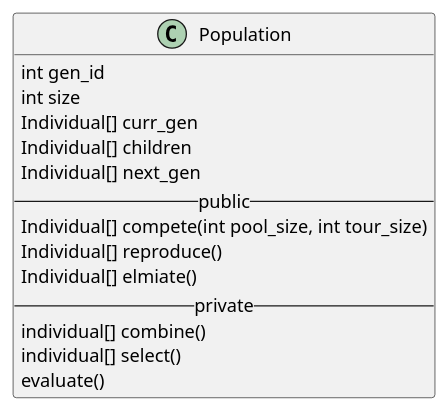
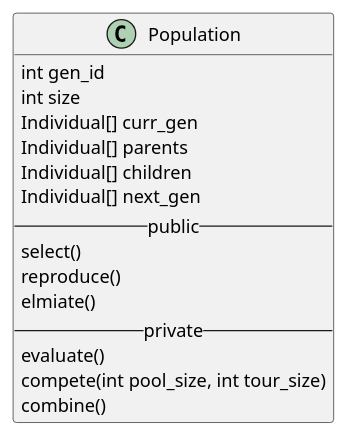
Before and after one commit to neal-nie/openGA: the third of 3 diagrams in doc/architecture.md, drawn with PlantUML. The commit also changed other lines of this file and 2 other files, not shown here.

Commit message:
re-arrange architecture

````diff
--- a/doc/architecture.md
+++ b/doc/architecture.md
@@ -38,19 +40,20 @@
     ```puml
     @startuml
     Class Population {
         int gen_id
         int size
         Individual[] curr_gen
+        Individual[] parents
         Individual[] children
         Individual[] next_gen
         --public--
-        Individual[] compete(int pool_size, int tour_size)
-        Individual[] reproduce()
-        Individual[] elmiate()
+        select()
+        reproduce()
+        elmiate()
         --private--
-        individual[] combine()
-        individual[] select()
         evaluate()
+        compete(int pool_size, int tour_size)
+        combine()
     }
     @enduml
     ```
````
